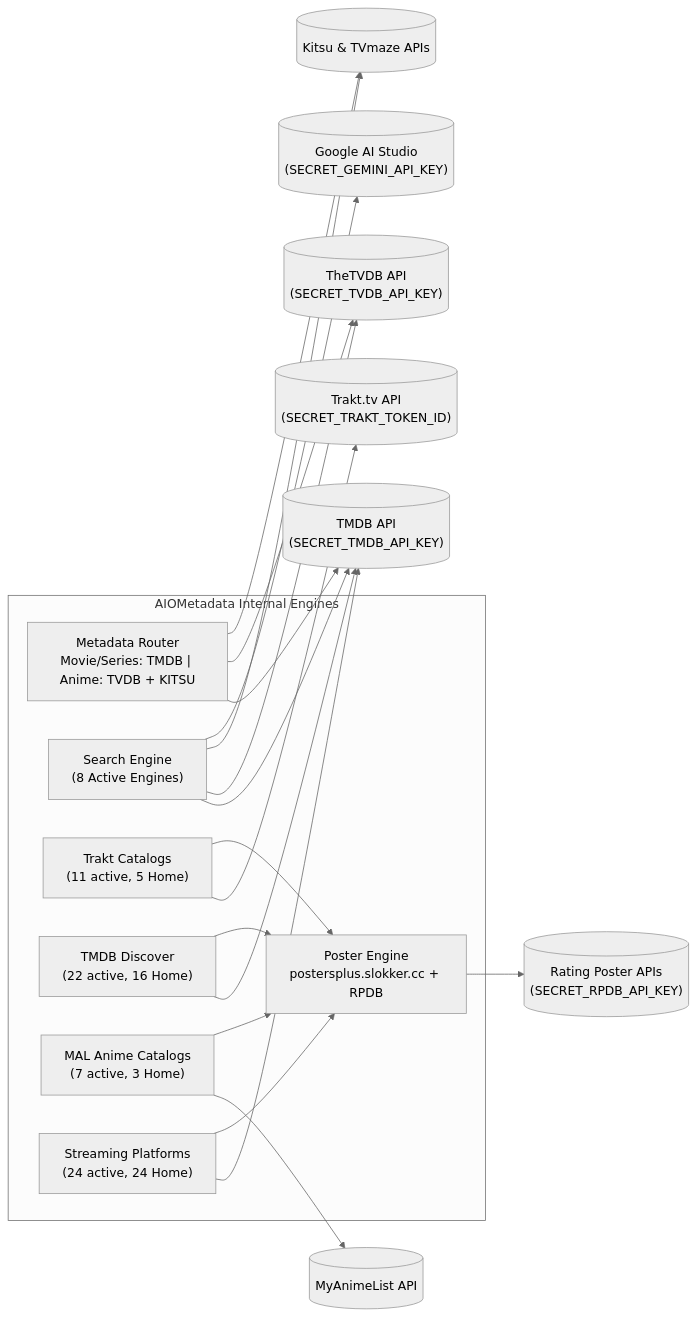
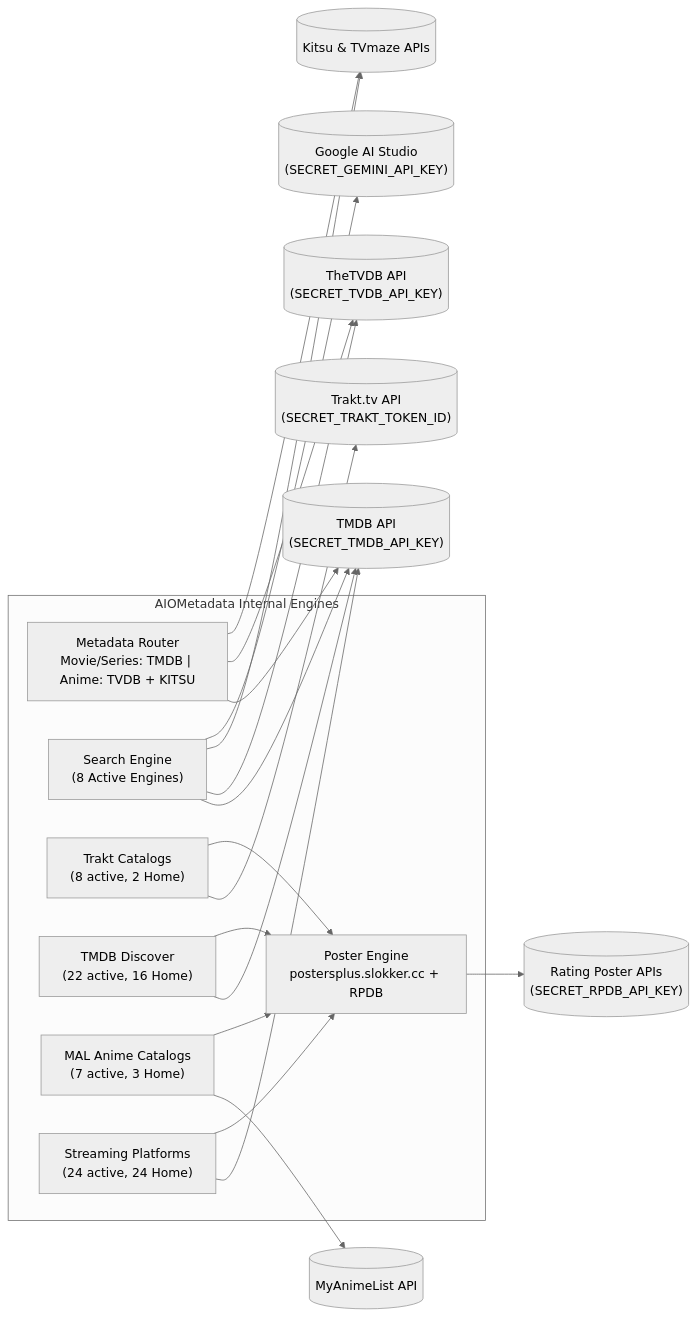
The third of 3 diagrams in ARCHITECTURE.md (Darshan-AS/stream-weaver), drawn with Mermaid (neutral theme) before and after one commit. The commit also changed other lines of this file and 3 other files, not shown here.

First line of the commit message:
chore(aiometadata): Retire dead Trakt-authenticated catalogs; free Trakt app slot for Nuvio

````diff
--- a/ARCHITECTURE.md
+++ b/ARCHITECTURE.md
@@ -137,28 +137,28 @@
 ```mermaid
 flowchart LR
     subgraph AIOMetadata["AIOMetadata Internal Engines"]
         MR["Metadata Router\nMovie/Series: TMDB | Anime: TVDB + KITSU"]
         SR["Search Engine\n(8 Active Engines)"]
-        CAT_TRAKT["Trakt Catalogs\n(11 active, 5 Home)"]
+        CAT_TRAKT["Trakt Catalogs\n(8 active, 2 Home)"]
         CAT_TMDB["TMDB Discover\n(22 active, 16 Home)"]
         CAT_MAL["MAL Anime Catalogs\n(7 active, 3 Home)"]
         CAT_STR["Streaming Platforms\n(24 active, 24 Home)"]
         ART["Poster Engine\npostersplus.slokker.cc + RPDB"]
     end
 
     TMDB_API[("TMDB API\n(SECRET_TMDB_API_KEY)")]
     TVDB_API[("TheTVDB API\n(SECRET_TVDB_API_KEY)")]
     KITSU_API[("Kitsu & TVmaze APIs")]
     GEMINI_API[("Google AI Studio\n(SECRET_GEMINI_API_KEY)")]
     TRAKT_API[("Trakt.tv API\n(SECRET_TRAKT_TOKEN_ID)")]
     MAL_API[("MyAnimeList API")]
     POSTER_API[("Rating Poster APIs\n(SECRET_RPDB_API_KEY)")]
 
     MR --> TMDB_API & TVDB_API & KITSU_API
     SR --> TMDB_API & TVDB_API & KITSU_API & GEMINI_API
     CAT_TRAKT --> TRAKT_API
     CAT_TMDB & CAT_STR --> TMDB_API
     CAT_MAL --> MAL_API
     CAT_TRAKT & CAT_TMDB & CAT_MAL & CAT_STR --> ART
     ART --> POSTER_API
 ```
````
